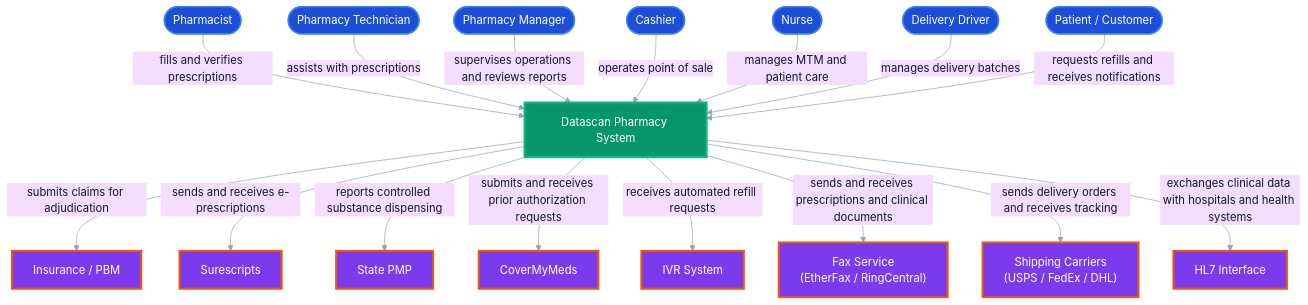
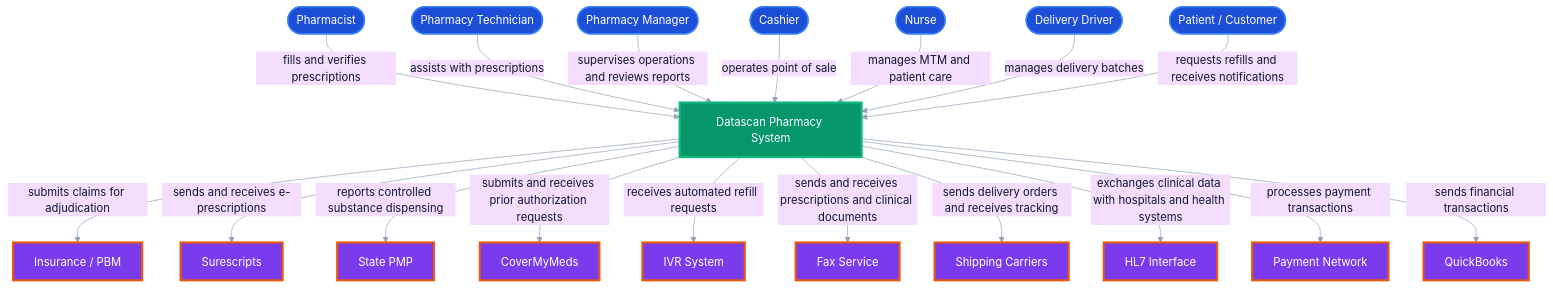
Before and after one commit to edsonvalher/datascanpharmacy-wpf-planselection: the diagram in C1.md, drawn with Mermaid. The commit also changed other lines of this file, not shown here.

Commit message:
only the main modules and external system dependencies

````diff
--- a/C1.md
+++ b/C1.md
@@ -5,58 +5,62 @@
 ```mermaid
 %%{init: {'theme':'base','themeVariables':{
 'background':'#0f172a',
 'primaryTextColor':'#0f172a',
 'primaryBorderColor':'#334155',
 'lineColor':'#94a3b8',
 'fontFamily':'JetBrains Mono, monospace'
 }}}%%
 
 graph TD
 
     Pharmacist(["Pharmacist"])
     Technician(["Pharmacy Technician"])
     Manager(["Pharmacy Manager"])
     Cashier(["Cashier"])
     Nurse(["Nurse"])
     Driver(["Delivery Driver"])
     Patient(["Patient / Customer"])
 
     System["Datascan Pharmacy System"]
 
     PBM["Insurance / PBM"]
     Surescripts["Surescripts"]
     PMP["State PMP"]
     CoverMyMeds["CoverMyMeds"]
     IVR["IVR System"]
-    Fax["Fax Service\n(EtherFax / RingCentral)"]
-    Shipping["Shipping Carriers\n(USPS / FedEx / DHL)"]
+    Fax["Fax Service"]
+    Shipping["Shipping Carriers"]
     HL7["HL7 Interface"]
+    PaymentNetwork["Payment Network"]
+    QuickBooks["QuickBooks"]
 
     Pharmacist -->|fills and verifies prescriptions| System
     Technician -->|assists with prescriptions| System
     Manager -->|supervises operations and reviews reports| System
     Cashier -->|operates point of sale| System
     Nurse -->|manages MTM and patient care| System
     Driver -->|manages delivery batches| System
     Patient -->|requests refills and receives notifications| System
 
     System -->|submits claims for adjudication| PBM
     System -->|sends and receives e-prescriptions| Surescripts
     System -->|reports controlled substance dispensing| PMP
     System -->|submits and receives prior authorization requests| CoverMyMeds
     System -->|receives automated refill requests| IVR
     System -->|sends and receives prescriptions and clinical documents| Fax
     System -->|sends delivery orders and receives tracking| Shipping
     System -->|exchanges clinical data with hospitals and health systems| HL7
+    System -->|processes payment transactions| PaymentNetwork
+    System -->|sends financial transactions| QuickBooks
 
 
     %% Colors
 
     classDef people fill:#1d4ed8,color:#ffffff,stroke:#3b82f6,stroke-width:2px
     classDef system fill:#059669,color:#ffffff,stroke:#10b981,stroke-width:3px
     classDef external fill:#7c3aed,color:#ffffff,stroke:#ea580c,stroke-width:3px
 
     class Pharmacist,Technician,Manager,Cashier,Nurse,Driver,Patient people
     class System system
-    class PBM,Surescripts,PMP,CoverMyMeds,IVR,Fax,Shipping,HL7 external
+    class PBM,Surescripts,PMP,CoverMyMeds,IVR,Fax,Shipping,HL7,PaymentNetwork,QuickBooks external
 ```
````
